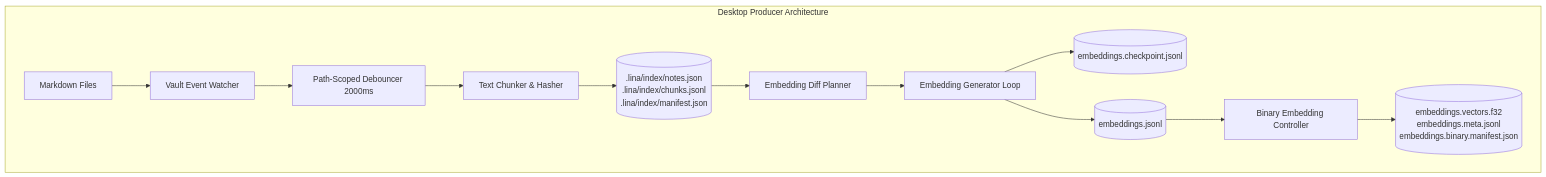
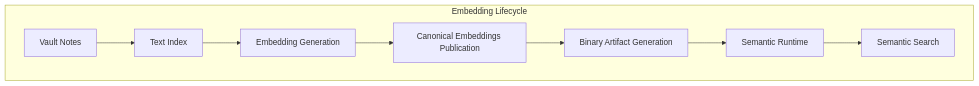
Before and after one commit to anselmopinheiro/lina: the first of 2 diagrams in docs/architecture/device-capabilities.md, drawn with Mermaid. The commit also changed other lines of this file and 7 other files, not shown here.

Commit message:
docs: align documentation with semantic lifecycle architecture

````diff
--- a/docs/architecture/device-capabilities.md
+++ b/docs/architecture/device-capabilities.md
@@ -103,17 +104,11 @@
 ```mermaid
 graph TD
-    subgraph Desktop Producer Architecture
-        Vault[Markdown Files] --> Watcher[Vault Event Watcher]
-        Watcher --> Debounce[Path-Scoped Debouncer 2000ms]
-        Debounce --> Chunker[Text Chunker & Hasher]
-        Chunker --> TextIndex[(.lina/index/notes.json<br/>.lina/index/chunks.jsonl<br/>.lina/index/manifest.json)]
-        
-        TextIndex --> DiffPlanner[Embedding Diff Planner]
-        DiffPlanner --> BatchGen[Embedding Generator Loop]
-        BatchGen --> Checkpoint[(embeddings.checkpoint.jsonl)]
-        BatchGen --> CanonicalEmb[(embeddings.jsonl)]
-        
-        CanonicalEmb --> BinCopier[Binary Embedding Controller]
-        BinCopier --> BinArtifacts[(embeddings.vectors.f32<br/>embeddings.meta.jsonl<br/>embeddings.binary.manifest.json)]
+    subgraph Embedding Lifecycle
+        Vault[Vault Notes] --> TextIndex[Text Index]
+        TextIndex --> EmbGen[Embedding Generation]
+        EmbGen --> CanonicalPub[Canonical Embeddings Publication]
+        CanonicalPub --> BinGen[Binary Artifact Generation]
+        BinGen --> SemRuntime[Semantic Runtime]
+        SemRuntime --> SemSearch[Semantic Search]
     end
 ```
````
